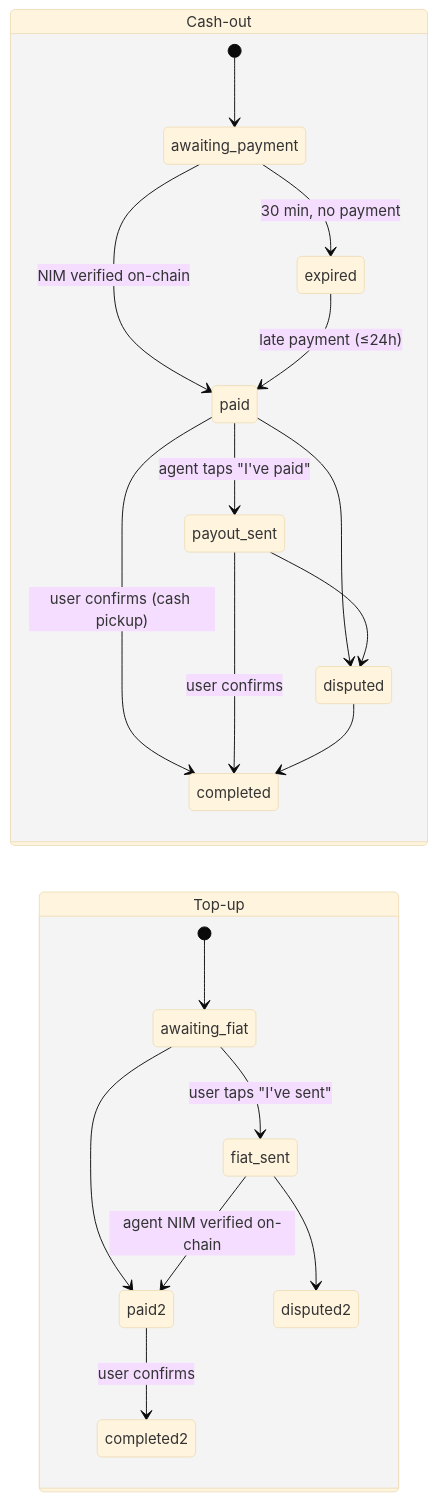
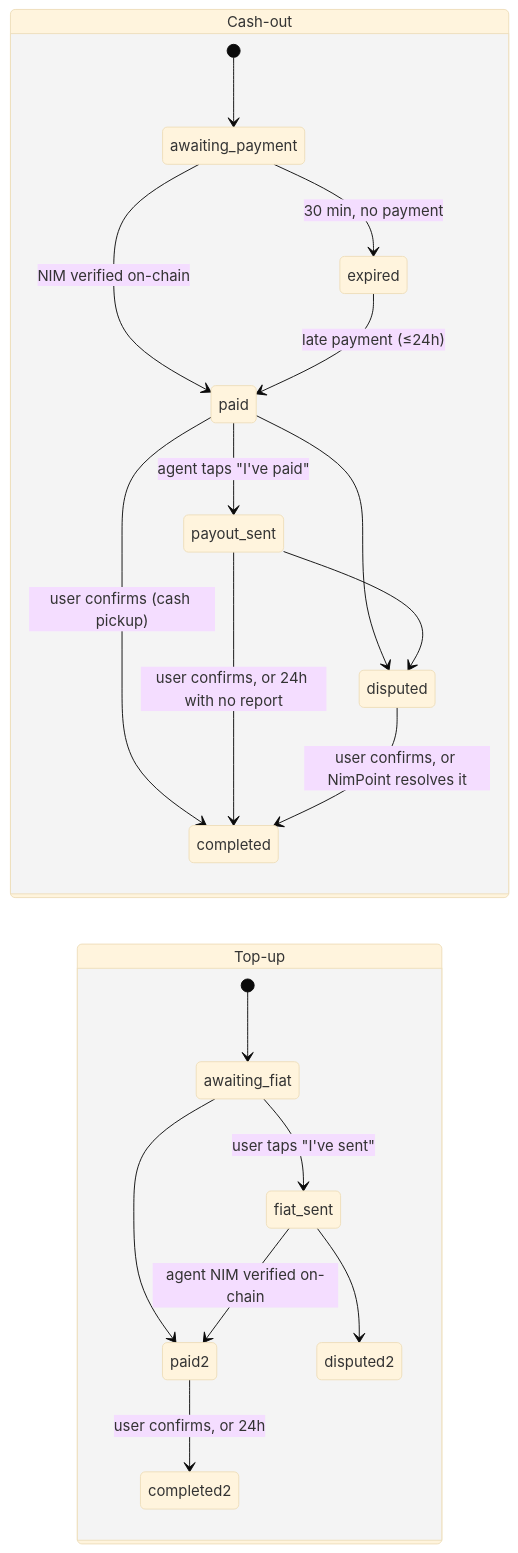
The second of 2 diagrams in README.md (opeblow/NIMPOINT), drawn with Mermaid (base theme) before and after one commit. The commit also changed other lines of this file and 31 other files, not shown here.

````diff
--- a/README.md
+++ b/README.md
@@ -217,24 +305,24 @@
 ```mermaid
 stateDiagram-v2
     direction LR
     state "Cash-out" as CO {
         [*] --> awaiting_payment
         awaiting_payment --> paid: NIM verified on-chain
         awaiting_payment --> expired: 30 min, no payment
         expired --> paid: late payment (≤24h)
         paid --> payout_sent: agent taps "I've paid"
         paid --> completed: user confirms (cash pickup)
-        payout_sent --> completed: user confirms
+        payout_sent --> completed: user confirms, or 24h with no report
         paid --> disputed
         payout_sent --> disputed
-        disputed --> completed
+        disputed --> completed: user confirms, or NimPoint resolves it
     }
     state "Top-up" as TU {
         [*] --> awaiting_fiat
         awaiting_fiat --> fiat_sent: user taps "I've sent"
         fiat_sent --> paid2: agent NIM verified on-chain
         awaiting_fiat --> paid2
-        paid2 --> completed2: user confirms
+        paid2 --> completed2: user confirms, or 24h
         fiat_sent --> disputed2
     }
 ```
````
